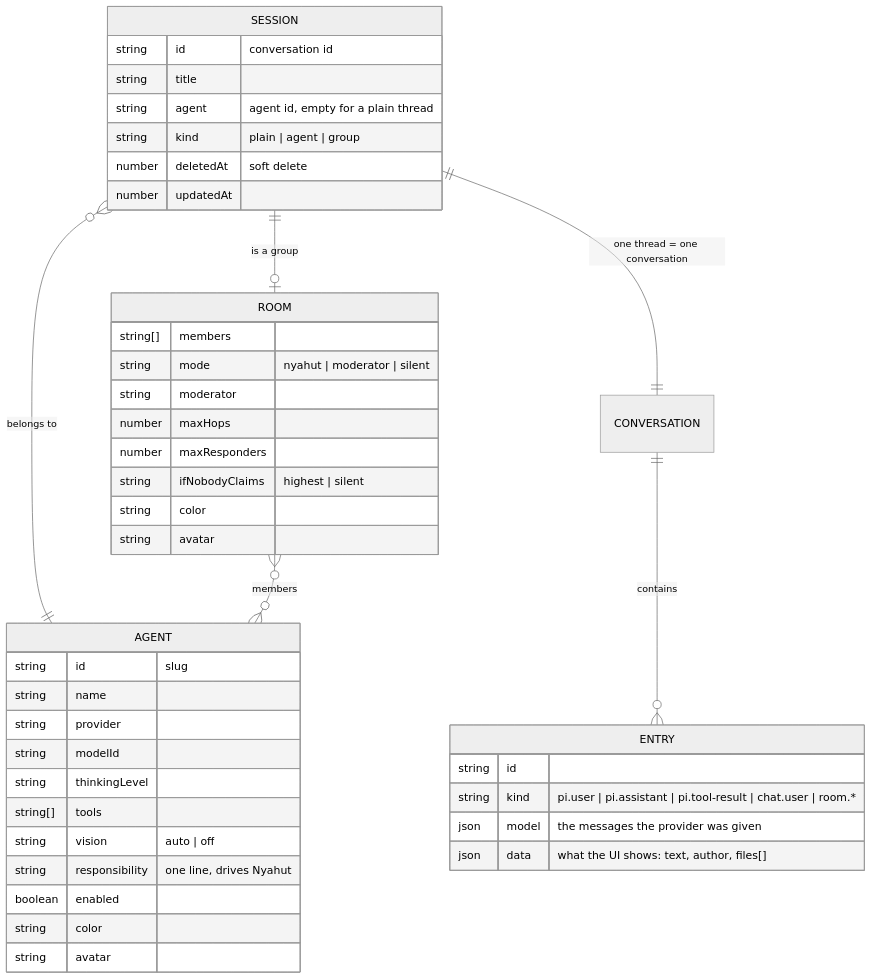
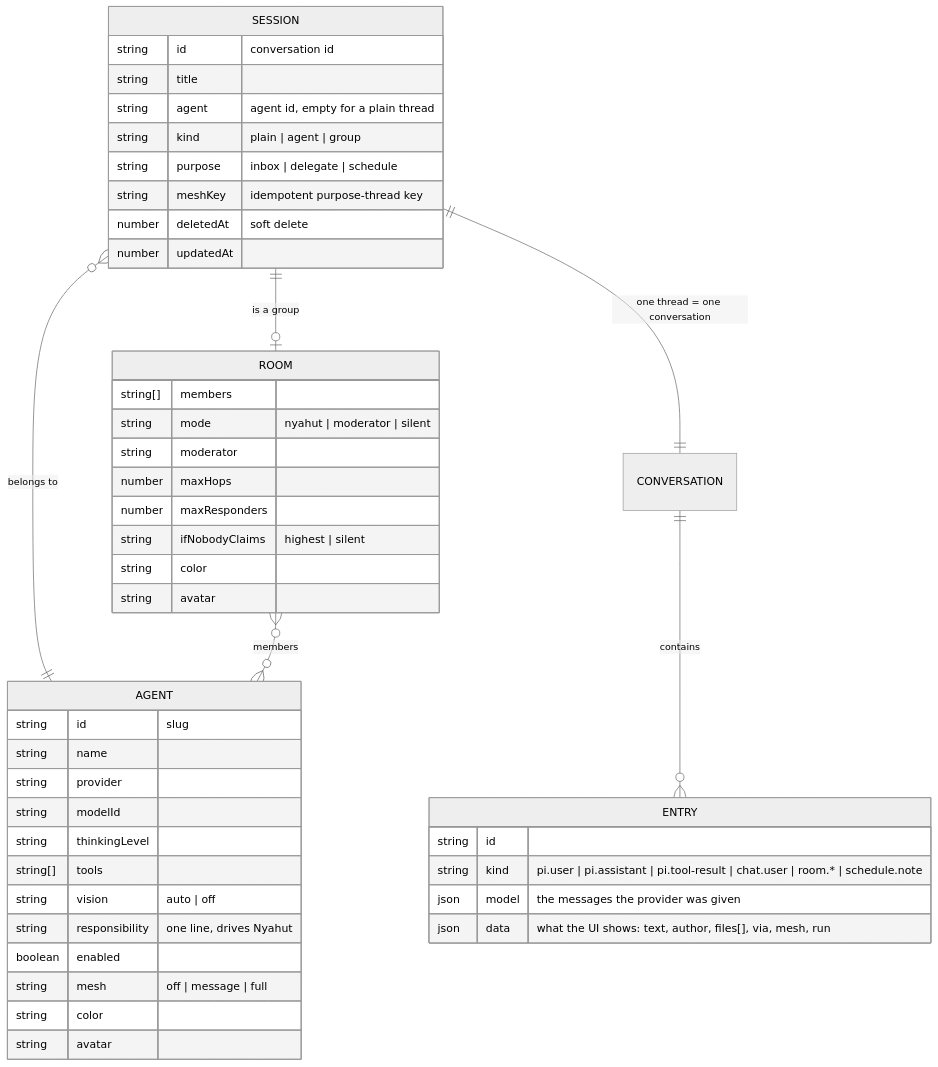
Before and after one commit to mariobgsp/durable-agents: the second of 6 diagrams in README.md, drawn with Mermaid (neutral theme). The commit also changed other lines of this file and 58 other files, not shown here.

````diff
--- a/README.md
+++ b/README.md
@@ -150,46 +165,49 @@
 ```mermaid
 erDiagram
   SESSION ||--o| ROOM : "is a group"
   SESSION }o--|| AGENT : "belongs to"
   ROOM }o--o{ AGENT : members
   SESSION ||--|| CONVERSATION : "one thread = one conversation"
   CONVERSATION ||--o{ ENTRY : contains
 
   SESSION {
     string id "conversation id"
     string title
     string agent "agent id, empty for a plain thread"
     string kind "plain | agent | group"
+    string purpose "inbox | delegate | schedule"
+    string meshKey "idempotent purpose-thread key"
     number deletedAt "soft delete"
     number updatedAt
   }
   ROOM {
     string[] members
     string mode "nyahut | moderator | silent"
     string moderator
     number maxHops
     number maxResponders
     string ifNobodyClaims "highest | silent"
     string color
     string avatar
   }
   AGENT {
     string id "slug"
     string name
     string provider
     string modelId
     string thinkingLevel
     string[] tools
     string vision "auto | off"
     string responsibility "one line, drives Nyahut"
     boolean enabled
+    string mesh "off | message | full"
     string color
     string avatar
   }
   ENTRY {
     string id
-    string kind "pi.user | pi.assistant | pi.tool-result | chat.user | room.*"
+    string kind "pi.user | pi.assistant | pi.tool-result | chat.user | room.* | schedule.note"
     json model "the messages the provider was given"
-    json data "what the UI shows: text, author, files[]"
+    json data "what the UI shows: text, author, files[], via, mesh, run"
   }
 ```
````
